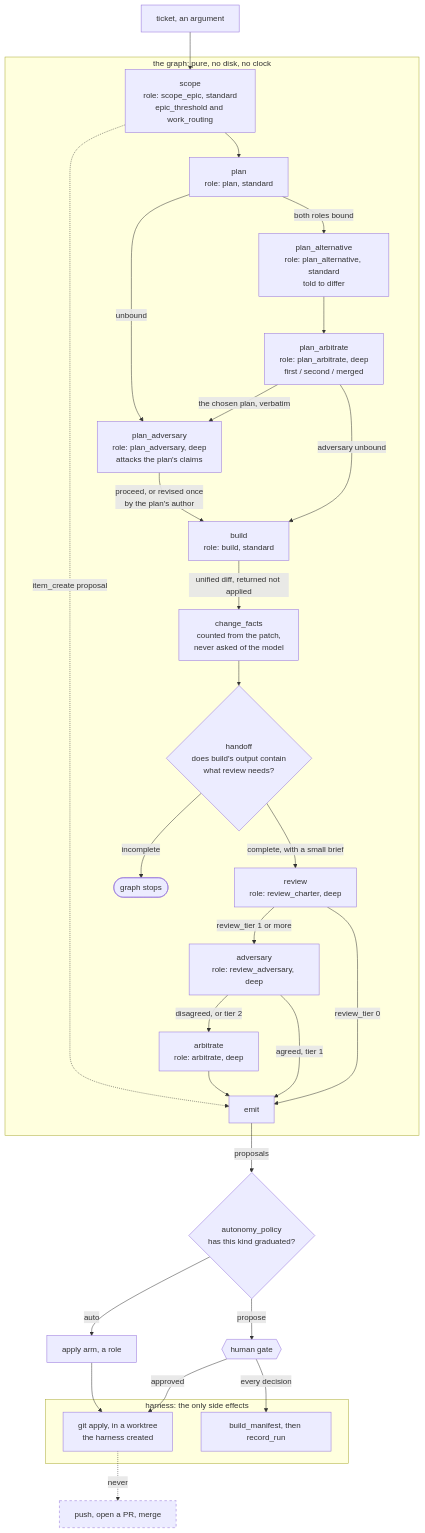
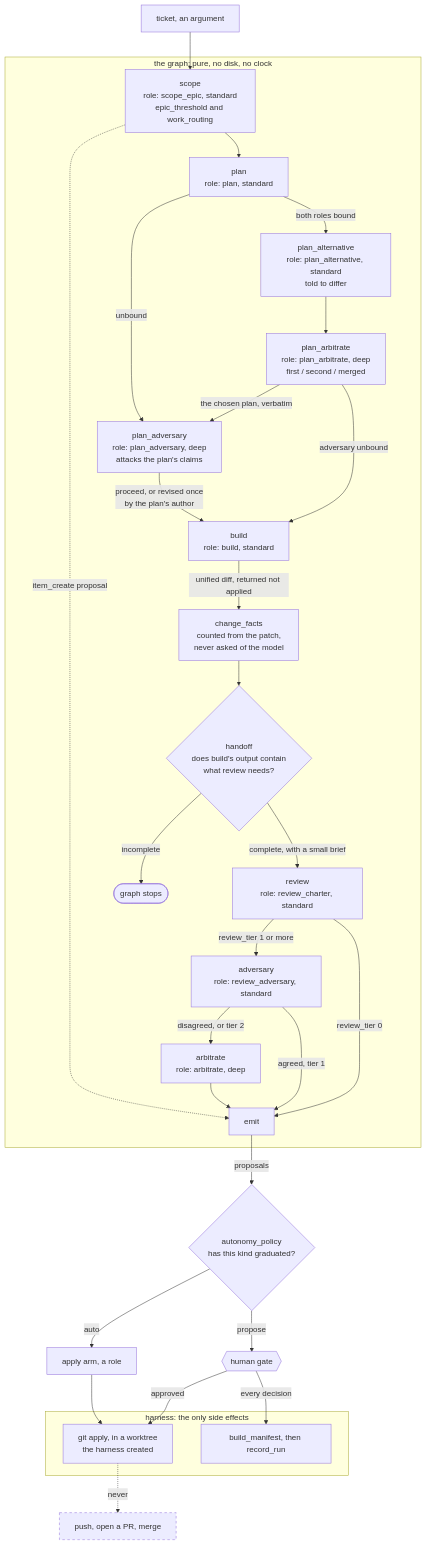
One commit to ppfenning/coxswain-graphs changed the diagram in graphs/delivery/lifecycle-propose.md. Above: the diagram before and after it, drawn with Mermaid. The commit also changed other lines of this file and 2 other files, not shown here.

Commit message:
epic graphs-review-tier-1: graphs-review-tier (#48)

````diff
--- a/graphs/delivery/lifecycle-propose.md
+++ b/graphs/delivery/lifecycle-propose.md
@@ -31,55 +31,55 @@
 ```mermaid
 flowchart TB
     TICKET["ticket, an argument"] --> SCOPE
 
     subgraph GRAPH["the graph: pure, no disk, no clock"]
         SCOPE["scope<br/>role: scope_epic, standard<br/>epic_threshold and work_routing"]
         PLAN["plan<br/>role: plan, standard"]
         ALT["plan_alternative<br/>role: plan_alternative, standard<br/>told to differ"]
         PARB["plan_arbitrate<br/>role: plan_arbitrate, deep<br/>first / second / merged"]
         PADV["plan_adversary<br/>role: plan_adversary, deep<br/>attacks the plan's claims"]
         BUILD["build<br/>role: build, standard"]
         FACTS["change_facts<br/>counted from the patch,<br/>never asked of the model"]
         HANDOFF{"handoff<br/>does build's output contain<br/>what review needs?"}
-        REVIEW["review<br/>role: review_charter, deep"]
-        ADV["adversary<br/>role: review_adversary, deep"]
+        REVIEW["review<br/>role: review_charter, standard"]
+        ADV["adversary<br/>role: review_adversary, standard"]
         ARB["arbitrate<br/>role: arbitrate, deep"]
         EMIT["emit"]
         STOP(["graph stops"])
 
         SCOPE --> PLAN
         PLAN -- "both roles bound" --> ALT
         ALT --> PARB
         PARB -- "the chosen plan, verbatim" --> PADV
         PARB -- "adversary unbound" --> BUILD
         PLAN -- "unbound" --> PADV
         PADV -- "proceed, or revised once<br/>by the plan's author" --> BUILD
         BUILD -- "unified diff, returned not applied" --> FACTS
         FACTS --> HANDOFF
         HANDOFF -- "incomplete" --> STOP
         HANDOFF -- "complete, with a small brief" --> REVIEW
         REVIEW -- "review_tier 0" --> EMIT
         REVIEW -- "review_tier 1 or more" --> ADV
         ADV -- "agreed, tier 1" --> EMIT
         ADV -- "disagreed, or tier 2" --> ARB
         ARB --> EMIT
         SCOPE -. "item_create proposal" .-> EMIT
     end
 
     EMIT -- "proposals" --> POLICY{"autonomy_policy<br/>has this kind graduated?"}
     POLICY -- "propose" --> GATE{{"human gate"}}
     POLICY -- "auto" --> ARM["apply arm, a role"]
 
     subgraph HARNESS["harness: the only side effects"]
         APPLY["git apply, in a worktree<br/>the harness created"]
         RECORD["build_manifest, then record_run"]
     end
 
     GATE -- "approved" --> APPLY
     ARM --> APPLY
     GATE -- "every decision" --> RECORD
 
     APPLY -. "never" .-> PUSH["push, open a PR, merge"]
 
     style PUSH stroke-dasharray: 5 5
 ```
````
